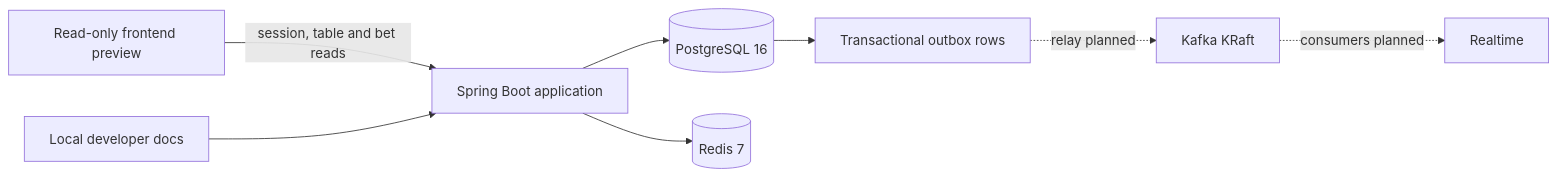
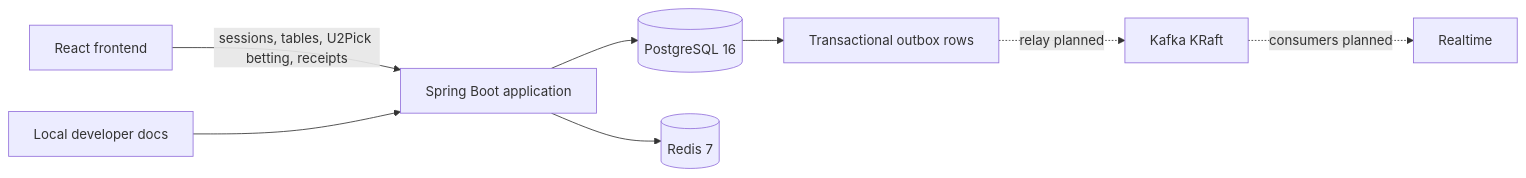
The first of 3 diagrams in docs/site/architecture.md (jackhudsonnnn/PVPicks), drawn with Mermaid before and after one commit. The commit also changed other lines of this file and 13 other files, not shown here.

````diff
--- a/docs/site/architecture.md
+++ b/docs/site/architecture.md
@@ -7,10 +7,10 @@
 ```mermaid
 flowchart LR
-  Client["Read-only frontend preview"] -- "session, table and bet reads" --> App["Spring Boot application"]
+  Client["React frontend"] -- "sessions, tables, U2Pick betting, receipts" --> App["Spring Boot application"]
   Docs["Local developer docs"] --> App
   App --> PG[("PostgreSQL 16")]
   App --> Redis[("Redis 7")]
   PG --> Outbox["Transactional outbox rows"]
   Outbox -. "relay planned" .-> Kafka["Kafka KRaft"]
   Kafka -. "consumers planned" .-> Realtime["Realtime"]
 ```
````
